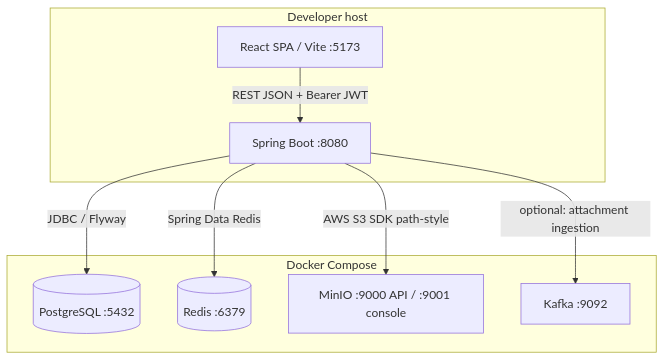
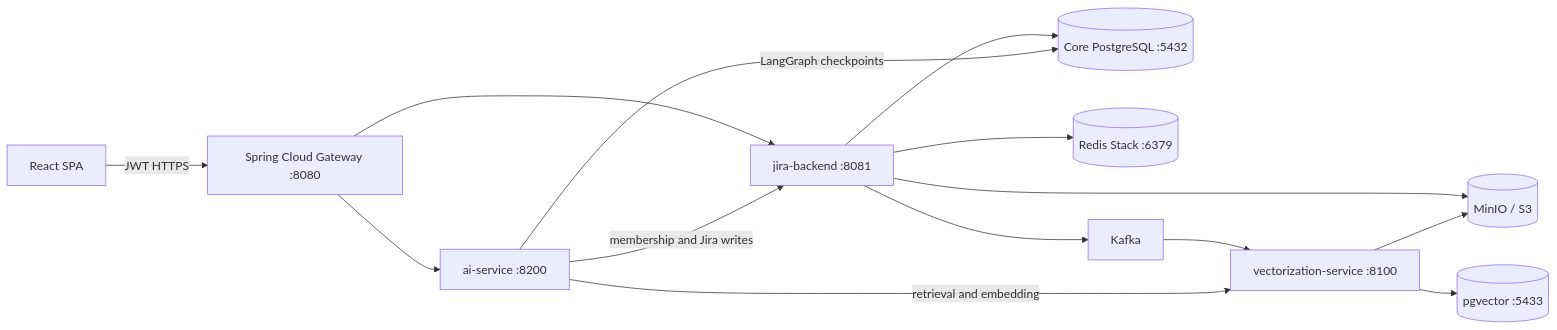
Before and after one commit to michael23fire/sprint-orchestra-core: the diagram in README.md, drawn with Mermaid. The commit also changed other lines of this file and 32 other files, not shown here.

````diff
--- a/README.md
+++ b/README.md
@@ -154,18 +32,16 @@
 ```mermaid
-flowchart TB
-  subgraph host [Developer host]
-    SPA[React SPA / Vite :5173]
-    API[Spring Boot :8080]
-  end
-  subgraph compose [Docker Compose]
-    PG[(PostgreSQL :5432)]
-    RD[(Redis :6379)]
-    MN[MinIO :9000 API / :9001 console]
-    KF[Kafka :9092]
-  end
-  SPA -->|REST JSON + Bearer JWT| API
-  API -->|JDBC / Flyway| PG
-  API -->|Spring Data Redis| RD
-  API -->|AWS S3 SDK path-style| MN
-  API -->|optional: attachment ingestion| KF
+flowchart LR
+  UI[React SPA] -->|JWT HTTPS| GW[Spring Cloud Gateway :8080]
+  GW --> CORE[jira-backend :8081]
+  GW --> AI[ai-service :8200]
+  CORE --> PG[(Core PostgreSQL :5432)]
+  CORE --> REDIS[(Redis Stack :6379)]
+  CORE --> S3[(MinIO / S3)]
+  CORE --> K[Kafka]
+  K --> VEC[vectorization-service :8100]
+  VEC --> VDB[(pgvector :5433)]
+  VEC --> S3
+  AI -->|retrieval and embedding| VEC
+  AI -->|membership and Jira writes| CORE
+  AI -->|LangGraph checkpoints| PG
 ```
````
